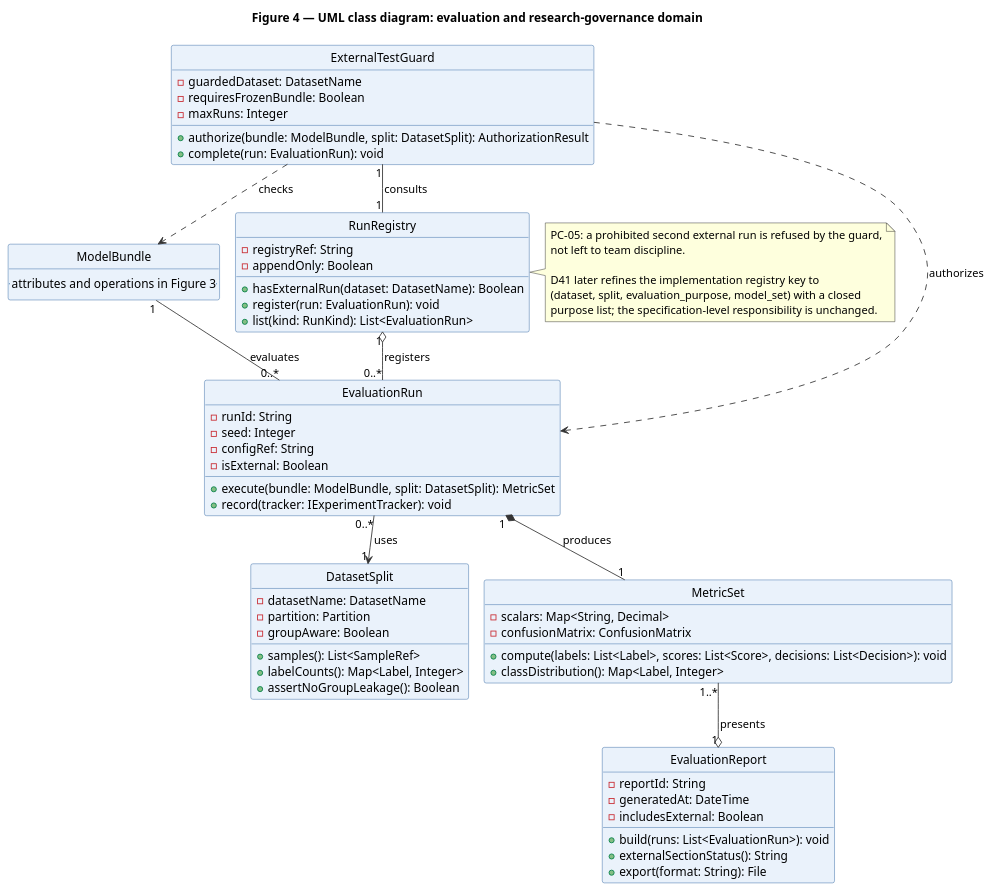
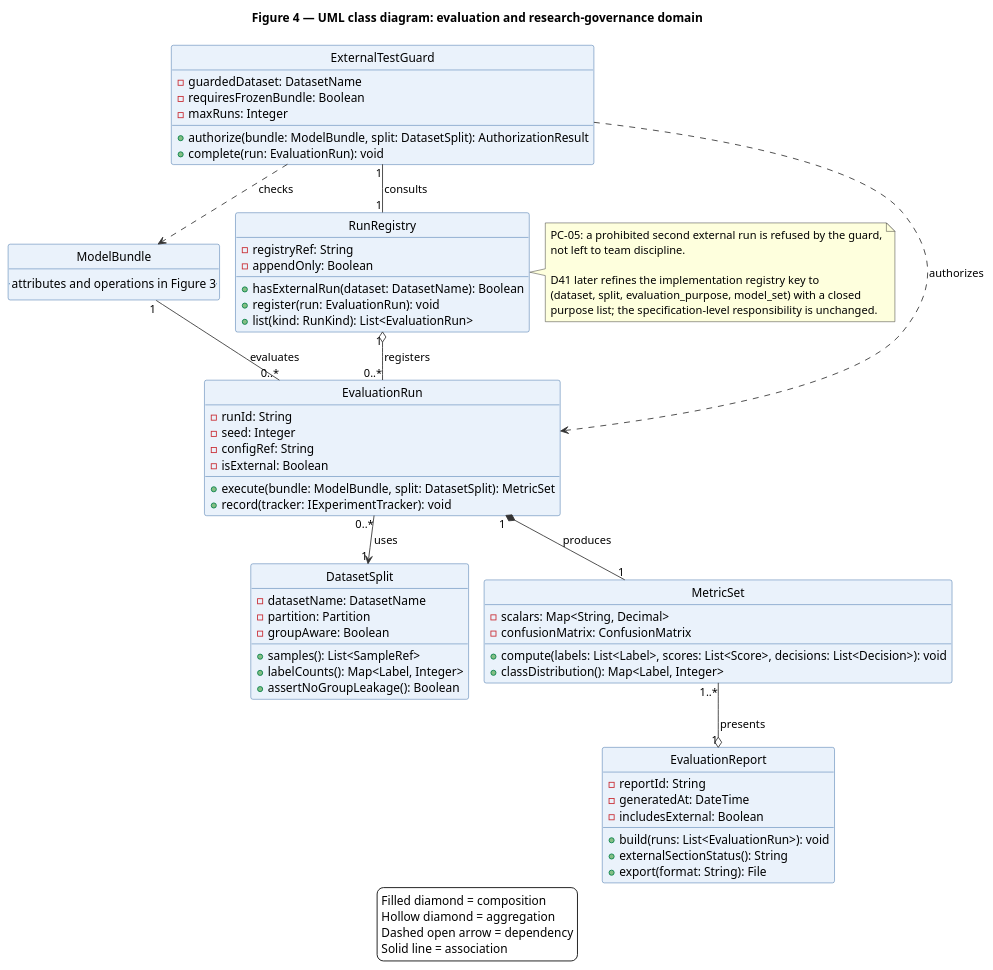
The diagram in docs/uml/class-evaluation.puml (kahlanzzi/voice-spoofing-detection), drawn with PlantUML before and after one commit. The commit also changed 14 other files, not shown here.

Commit message:
docs(uml): align remaining diagrams with SDD

```diff
--- a/docs/uml/class-evaluation.puml
+++ b/docs/uml/class-evaluation.puml
@@ -1,85 +1,92 @@
 @startuml
 !pragma layout smetana
 title Figure 4 — UML class diagram: evaluation and research-governance domain
 
 skinparam shadowing false
 skinparam backgroundColor white
 skinparam class {
   BackgroundColor #EAF2FB
   BorderColor #1F5A99
   ArrowColor #333333
 }
 hide circle
 
 class ModelBundle {
   .. attributes and operations in Figure 3 ..
 }
 
 class ExternalTestGuard {
   - guardedDataset: DatasetName
   - requiresFrozenBundle: Boolean
   - maxRuns: Integer
   + authorize(bundle: ModelBundle, split: DatasetSplit): AuthorizationResult
   + complete(run: EvaluationRun): void
 }
 
 class RunRegistry {
   - registryRef: String
   - appendOnly: Boolean
   + hasExternalRun(dataset: DatasetName): Boolean
   + register(run: EvaluationRun): void
   + list(kind: RunKind): List<EvaluationRun>
 }
 
 class EvaluationRun {
   - runId: String
   - seed: Integer
   - configRef: String
   - isExternal: Boolean
   + execute(bundle: ModelBundle, split: DatasetSplit): MetricSet
   + record(tracker: IExperimentTracker): void
 }
 
 class DatasetSplit {
   - datasetName: DatasetName
   - partition: Partition
   - groupAware: Boolean
   + samples(): List<SampleRef>
   + labelCounts(): Map<Label, Integer>
   + assertNoGroupLeakage(): Boolean
 }
 
 class MetricSet {
   - scalars: Map<String, Decimal>
   - confusionMatrix: ConfusionMatrix
   + compute(labels: List<Label>, scores: List<Score>, decisions: List<Decision>): void
   + classDistribution(): Map<Label, Integer>
 }
 
 class EvaluationReport {
   - reportId: String
   - generatedAt: DateTime
   - includesExternal: Boolean
   + build(runs: List<EvaluationRun>): void
   + externalSectionStatus(): String
   + export(format: String): File
 }
 
 ExternalTestGuard ..> ModelBundle : checks
 ExternalTestGuard "1" -- "1" RunRegistry : consults
 ExternalTestGuard ..> EvaluationRun : authorizes
 ModelBundle "1" -- "0..*" EvaluationRun : evaluates
 RunRegistry "1" o-- "0..*" EvaluationRun : registers
 EvaluationRun "0..*" --> "1" DatasetSplit : uses
 EvaluationRun "1" *-- "1" MetricSet : produces
 MetricSet "1..*" --o "1" EvaluationReport : presents
 
 note right of RunRegistry
   PC-05: a prohibited second external run is refused by the guard,
   not left to team discipline.
 
   D41 later refines the implementation registry key to
   (dataset, split, evaluation_purpose, model_set) with a closed
   purpose list; the specification-level responsibility is unchanged.
 end note
+
+legend bottom
+  Filled diamond = composition
+  Hollow diamond = aggregation
+  Dashed open arrow = dependency
+  Solid line = association
+endlegend
 @enduml
```
